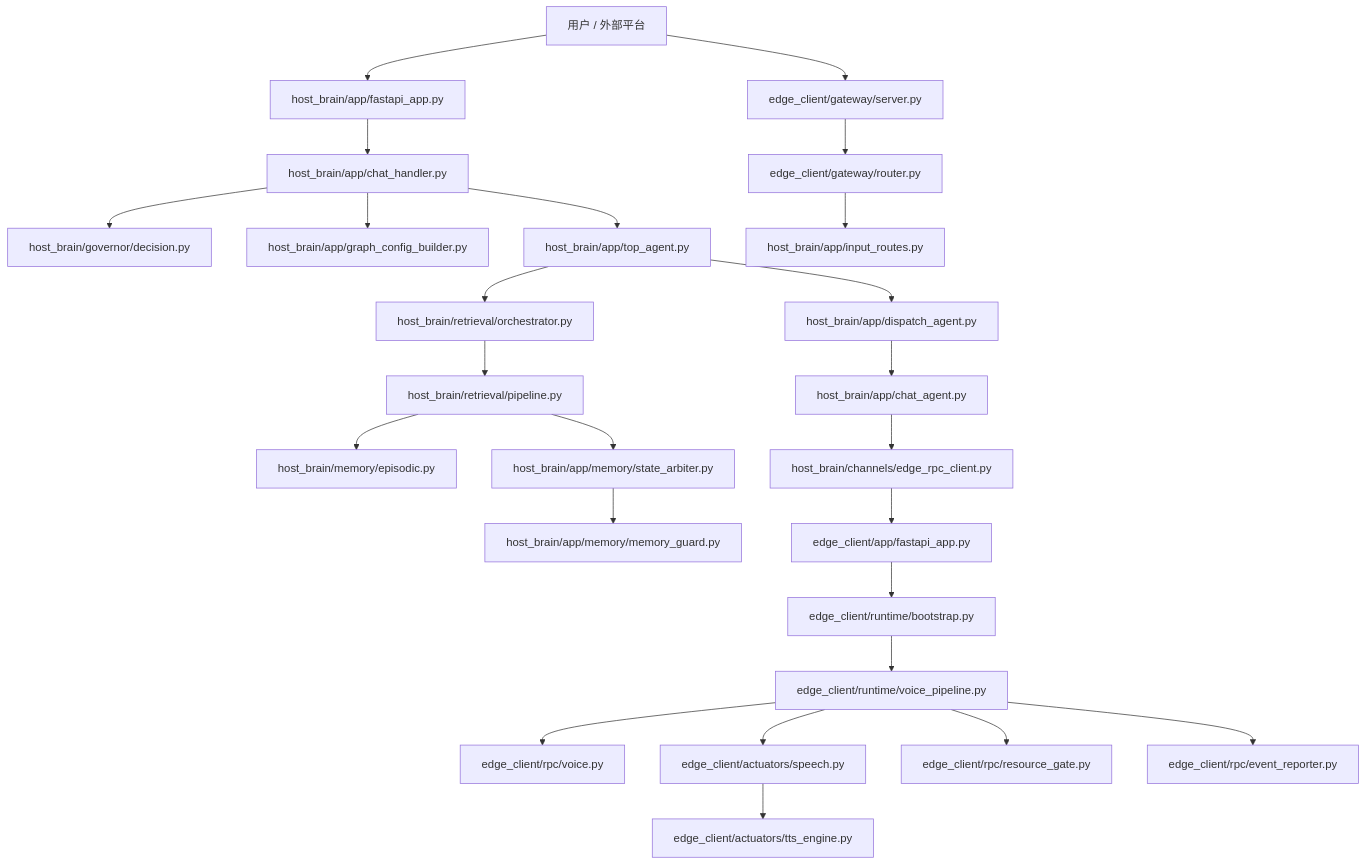
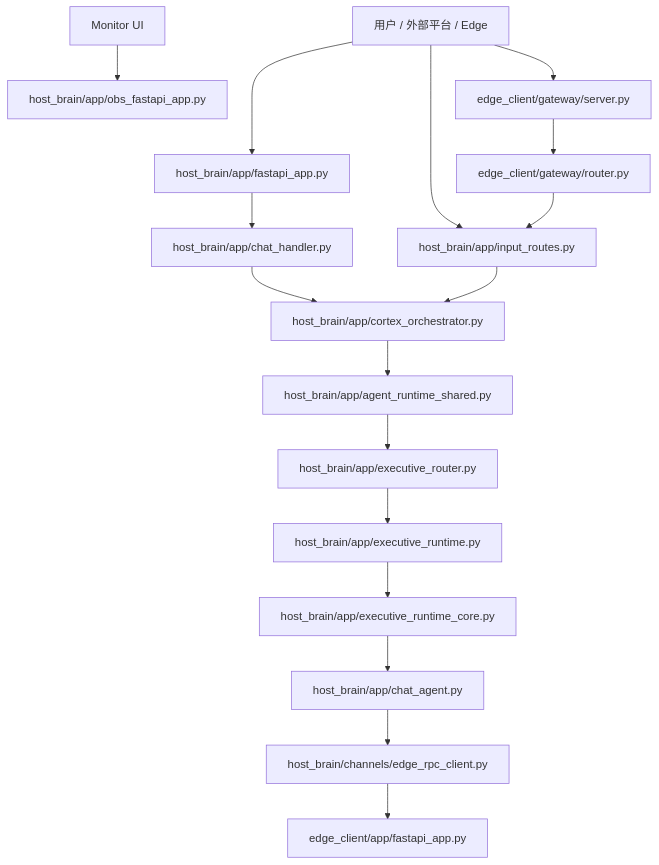
The diagram in docs/50_project/arch/CORE_MODULES_DETAILED_REFERENCE.md (SakuraYoruno/Natsume_Ai), drawn with Mermaid before and after one commit. The commit also changed other lines of this file and 75 other files, not shown here.

Commit message:
docs: refresh architecture references and release notes

````diff
--- a/docs/50_project/arch/CORE_MODULES_DETAILED_REFERENCE.md
+++ b/docs/50_project/arch/CORE_MODULES_DETAILED_REFERENCE.md
@@ -40,27 +19,19 @@
 ```mermaid
 graph TD
-    U["用户 / 外部平台"] --> HAPI["host_brain/app/fastapi_app.py"]
-    HAPI --> CHAT["host_brain/app/chat_handler.py"]
-    CHAT --> GOV["host_brain/governor/decision.py"]
-    CHAT --> GCFG["host_brain/app/graph_config_builder.py"]
-    CHAT --> TOP["host_brain/app/top_agent.py"]
-    TOP --> DISP["host_brain/app/dispatch_agent.py"]
-    DISP --> CAG["host_brain/app/chat_agent.py"]
-    TOP --> RETR["host_brain/retrieval/orchestrator.py"]
-    RETR --> RPIPE["host_brain/retrieval/pipeline.py"]
-    RPIPE --> MEM["host_brain/memory/episodic.py"]
-    RPIPE --> SARB["host_brain/app/memory/state_arbiter.py"]
-    SARB --> MGUARD["host_brain/app/memory/memory_guard.py"]
-    CAG --> ERC["host_brain/channels/edge_rpc_client.py"]
-    ERC --> EAPI["edge_client/app/fastapi_app.py"]
-    EAPI --> EBOOT["edge_client/runtime/bootstrap.py"]
-    EBOOT --> EVP["edge_client/runtime/voice_pipeline.py"]
-    EVP --> VRPC["edge_client/rpc/voice.py"]
-    EVP --> SQUEUE["edge_client/actuators/speech.py"]
-    SQUEUE --> TTS["edge_client/actuators/tts_engine.py"]
-    EVP --> RG["edge_client/rpc/resource_gate.py"]
-    EVP --> REPORT["edge_client/rpc/event_reporter.py"]
+    U["用户 / 外部平台 / Edge"] --> HMAIN["host_brain/app/fastapi_app.py"]
+    HMAIN --> CHAT["host_brain/app/chat_handler.py"]
+    CHAT --> CORTEX["host_brain/app/cortex_orchestrator.py"]
+    CORTEX --> SHARED["host_brain/app/agent_runtime_shared.py"]
+    SHARED --> EXECROUTER["host_brain/app/executive_router.py"]
+    EXECROUTER --> EXEC["host_brain/app/executive_runtime.py"]
+    EXEC --> EXECCORE["host_brain/app/executive_runtime_core.py"]
+    EXECCORE --> CAG["host_brain/app/chat_agent.py"]
+    CAG --> EDGECLIENT["host_brain/channels/edge_rpc_client.py"]
+    EDGECLIENT --> EDGEAPI["edge_client/app/fastapi_app.py"]
+    U --> INPUT["host_brain/app/input_routes.py"]
+    INPUT --> CORTEX
     U --> GWS["edge_client/gateway/server.py"]
     GWS --> GWR["edge_client/gateway/router.py"]
-    GWR --> HIN["host_brain/app/input_routes.py"]
+    GWR --> INPUT
+    OBSUI["Monitor UI"] --> OBSAPP["host_brain/app/obs_fastapi_app.py"]
 ```
````
